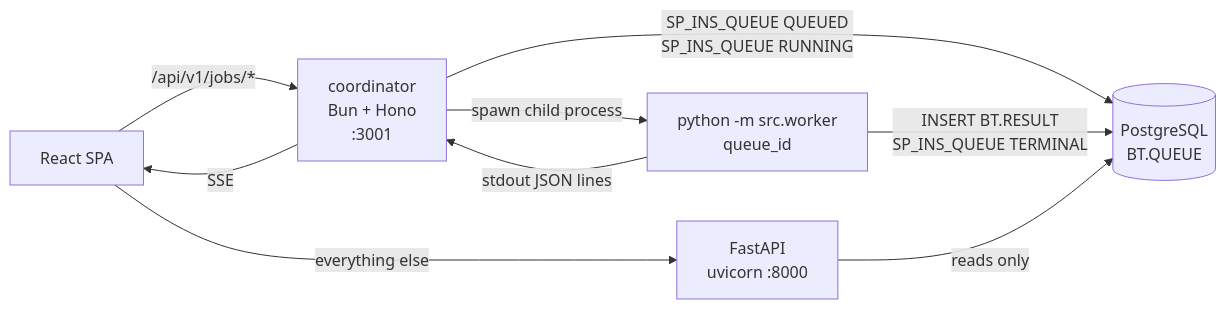
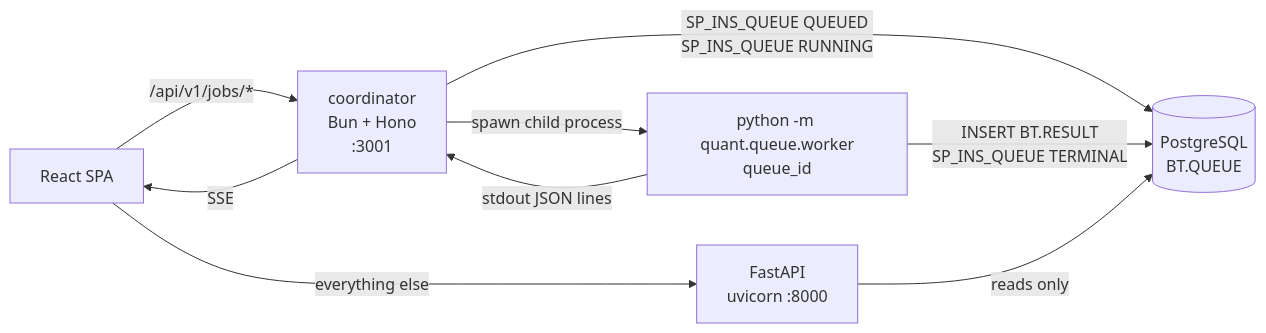
Before and after one commit to alfred1123/Quant_Strategies: the diagram in docs/design/backtest-queue.md, drawn with Mermaid. The commit also changed other lines of this file and 79 other files, not shown here.

````diff
--- a/docs/design/backtest-queue.md
+++ b/docs/design/backtest-queue.md
@@ -93,11 +93,11 @@
 ```mermaid
 flowchart LR
     UI[React SPA] -->|/api/v1/jobs/*| Coord[coordinator<br/>Bun + Hono<br/>:3001]
     UI -->|everything else| FA[FastAPI<br/>uvicorn :8000]
     Coord -->|SP_INS_QUEUE QUEUED<br/>SP_INS_QUEUE RUNNING| DB[(PostgreSQL<br/>BT.QUEUE)]
-    Coord -->|spawn child process| Worker[python -m src.worker<br/>queue_id]
+    Coord -->|spawn child process| Worker[python -m quant.queue.worker<br/>queue_id]
     Worker -->|stdout JSON lines| Coord
     Worker -->|INSERT BT.RESULT<br/>SP_INS_QUEUE TERMINAL| DB
     FA -->|reads only| DB
     Coord -->|SSE| UI
 ```
````
